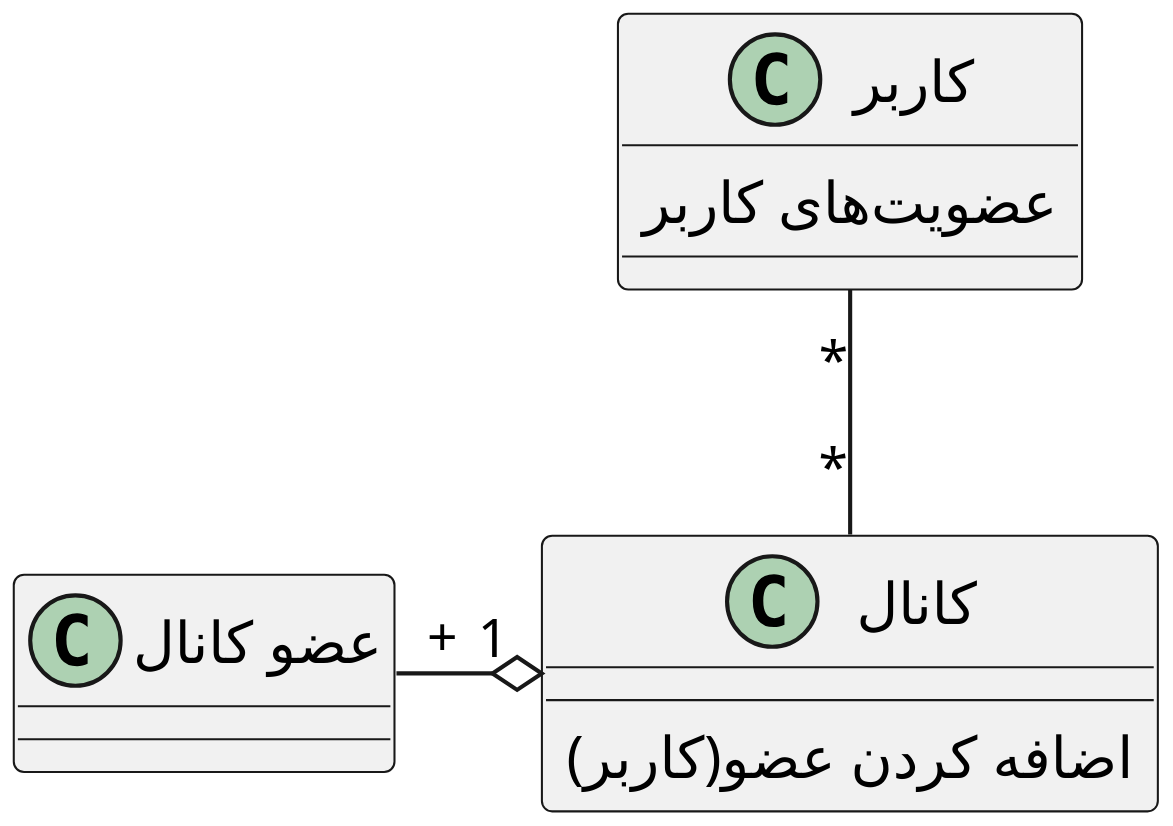
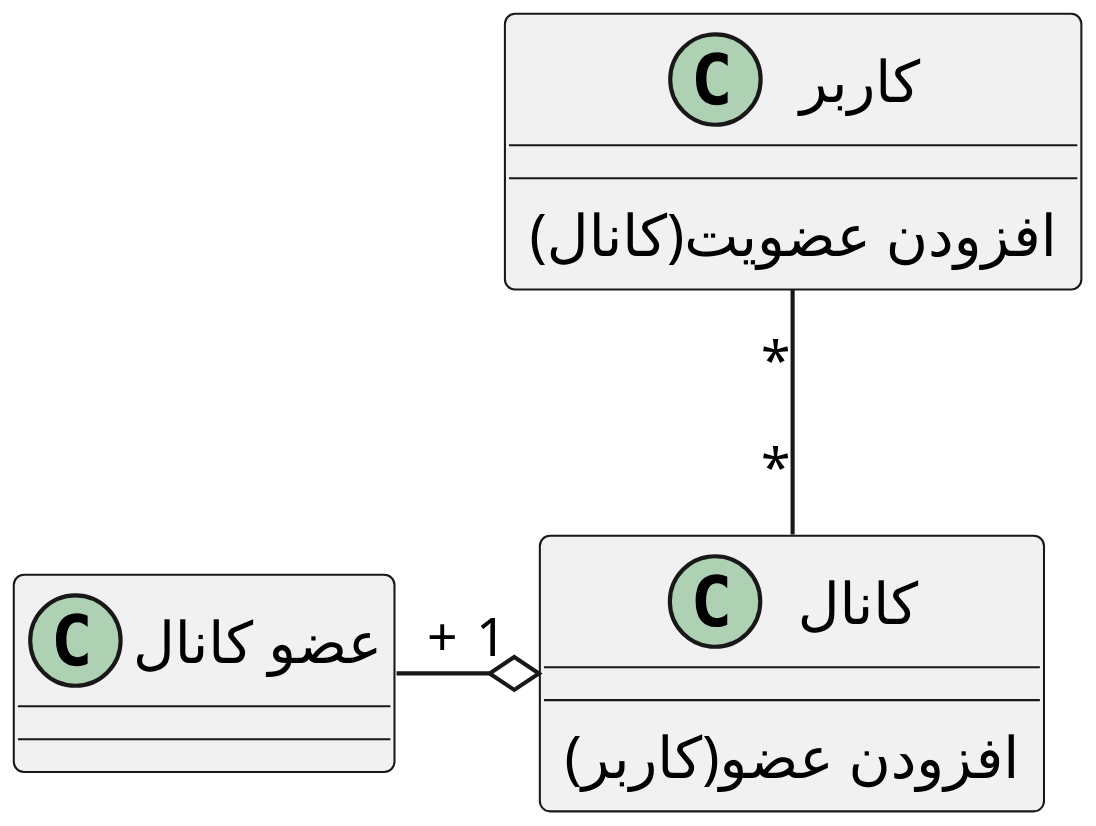
One commit to soleyman79/Qasedak changed the diagram in Diagrams/Class/JoinChanel.puml. Above: the diagram before and after it, drawn with PlantUML. The commit also changed 6 other files, not shown here.

```diff
--- a/Diagrams/Class/JoinChanel.puml
+++ b/Diagrams/Class/JoinChanel.puml
@@ -1,21 +1,23 @@
 @startuml join_chanel
+
 
 scale 3
 skinparam DefaultFontName B Nazanin
 
 
 class "کاربر" as user {
-    عضویت‌های کاربر
+    افزودن عضویت(کانال)
 }
 
 class "کانال" as chanel {
-    (کاربر)اضافه کردن عضو
+    افزودن عضو(کاربر)
 }
 
 class "عضو کانال" as member {
 }
 
 user "*" -- "*" chanel
 chanel "1" o-left- "+" member
 
+
 @enduml
```
